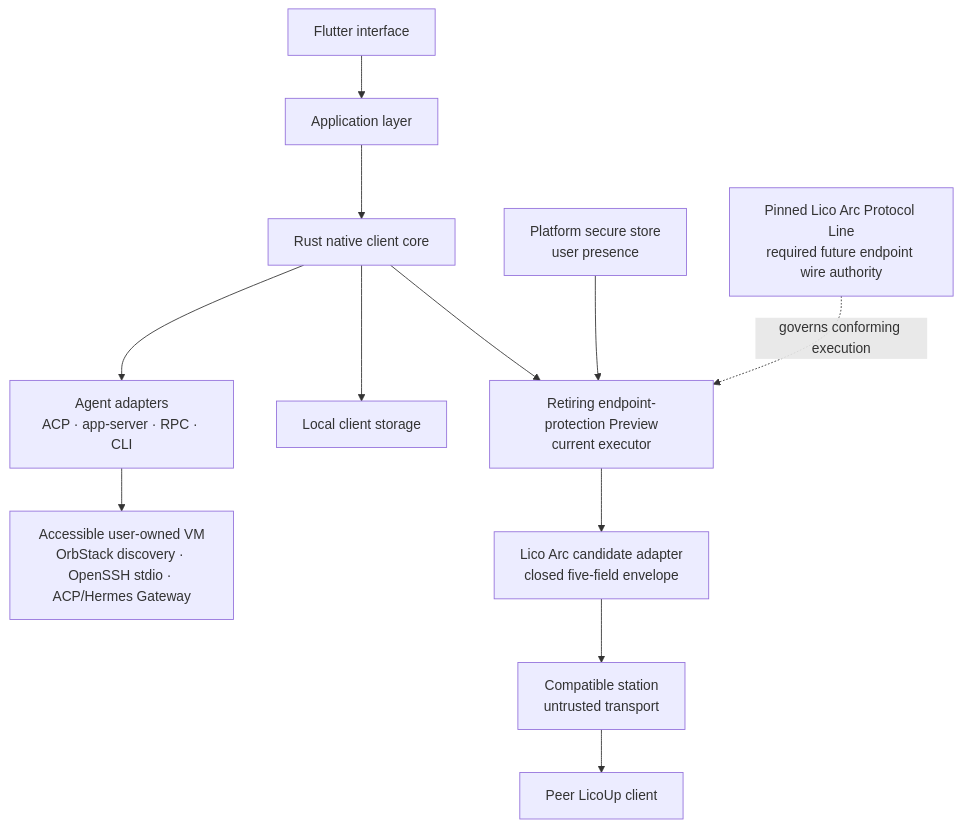
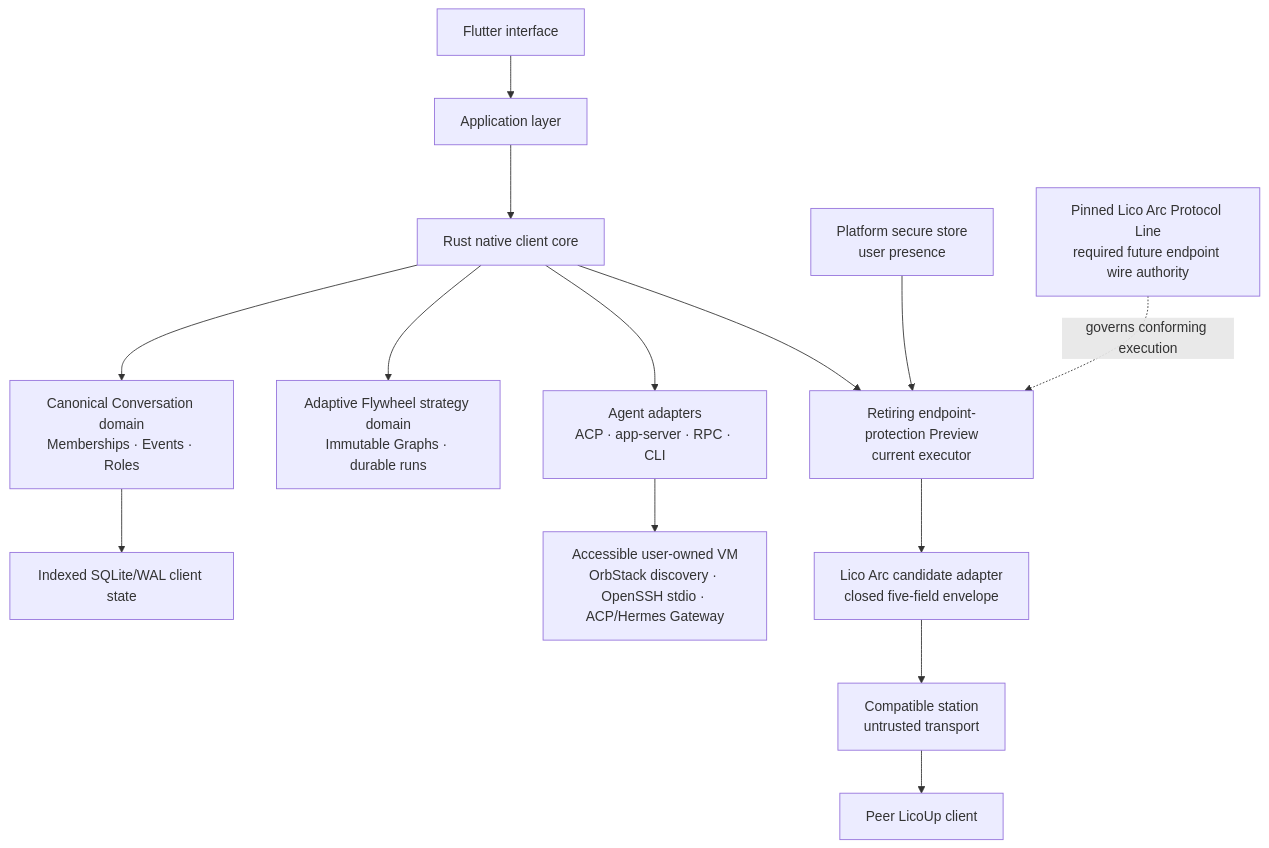
Before and after one commit to LicoLand/LicoUp: the first of 3 diagrams in docs/architecture/README.md, drawn with Mermaid. The commit also changed other lines of this file and 132 other files, not shown here.

````diff
--- a/docs/architecture/README.md
+++ b/docs/architecture/README.md
@@ -28,14 +28,16 @@
 ```mermaid
 flowchart TB
     UI["Flutter interface"] --> APP["Application layer"]
     APP --> CORE["Rust native client core"]
+    CORE --> CONVERSATIONS["Canonical Conversation domain<br/>Memberships · Events · Roles"]
+    CORE --> STRATEGIES["Adaptive Flywheel strategy domain<br/>Immutable Graphs · durable runs"]
+    CONVERSATIONS --> STORE["Indexed SQLite/WAL client state"]
     CORE --> AGENTS["Agent adapters<br/>ACP · app-server · RPC · CLI"]
     AGENTS --> VM["Accessible user-owned VM<br/>OrbStack discovery · OpenSSH stdio · ACP/Hermes Gateway"]
-    CORE --> STORE["Local client storage"]
     CORE --> MESH["Retiring endpoint-protection Preview<br/>current executor"]
     MESH --> ARC["Lico Arc candidate adapter<br/>closed five-field envelope"]
     ARC --> STATION["Compatible station<br/>untrusted transport"]
     STATION --> PEER["Peer LicoUp client"]
     KEYS["Platform secure store<br/>user presence"] --> MESH
     LINE["Pinned Lico Arc Protocol Line<br/>required future endpoint wire authority"] -. "governs conforming execution" .-> MESH
 ```
````
